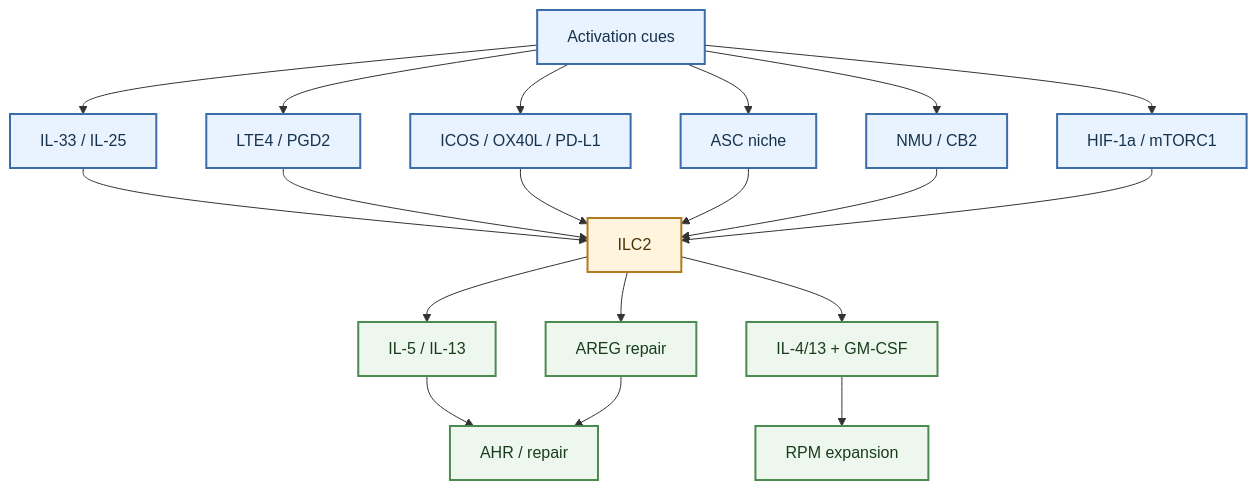
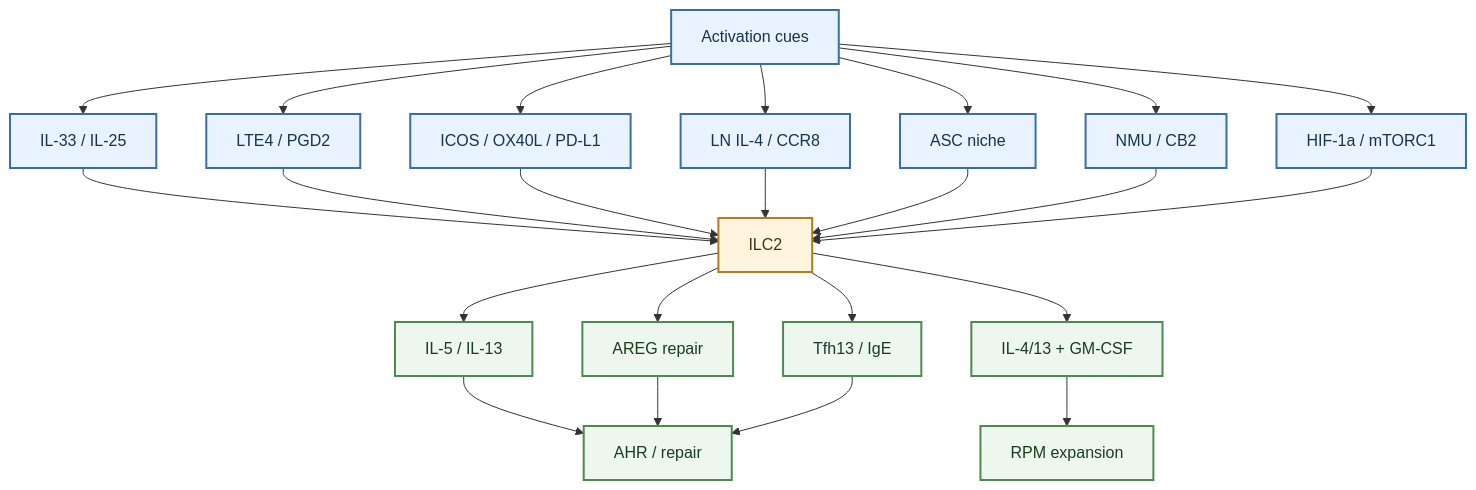
Before and after one commit to shao1116/ILC-Wiki: the first of 4 diagrams in wiki/topics/ILC2_functional_regulation_mechanisms.md, drawn with Mermaid. The commit also changed other lines of this file and 11 other files, not shown here.

````diff
--- a/wiki/topics/ILC2_functional_regulation_mechanisms.md
+++ b/wiki/topics/ILC2_functional_regulation_mechanisms.md
@@ -172,45 +176,51 @@
 ```mermaid
 flowchart TB
     accTitle: ILC2 Activation And Effector Support
     accDescr: Compact vertical map of positive ILC2 regulatory inputs and output states.
 
     cue["Activation cues"]
     alarmin["IL-33 / IL-25"]
     lipid["LTE4 / PGD2"]
     costim["ICOS / OX40L / PD-L1"]
+    tfh13cue["LN IL-4 / CCR8"]
     niche["ASC niche"]
     neuro["NMU / CB2"]
     metabolism["HIF-1a / mTORC1"]
     ilc2["ILC2"]
     type2["IL-5 / IL-13"]
     repair["AREG repair"]
+    tfh13["Tfh13 / IgE"]
     macrophage["IL-4/13 + GM-CSF"]
     rpm["RPM expansion"]
     disease["AHR / repair"]
 
     cue --> alarmin
     cue --> lipid
     cue --> costim
+    cue --> tfh13cue
     cue --> niche
     cue --> neuro
     cue --> metabolism
     alarmin --> ilc2
     lipid --> ilc2
     costim --> ilc2
+    tfh13cue --> ilc2
     niche --> ilc2
     neuro --> ilc2
     metabolism --> ilc2
     ilc2 --> type2
     ilc2 --> repair
+    ilc2 --> tfh13
     ilc2 --> macrophage
     macrophage --> rpm
     type2 --> disease
     repair --> disease
+    tfh13 --> disease
 
     classDef cue_class fill:#e8f3ff,stroke:#3b6ea8,stroke-width:2px,color:#17324d
     classDef cell_class fill:#fff4de,stroke:#b47a1f,stroke-width:2px,color:#4a3108
     classDef out_class fill:#eef7ed,stroke:#4d8a50,stroke-width:2px,color:#173d1d
-    class cue,alarmin,lipid,costim,niche,neuro,metabolism cue_class
+    class cue,alarmin,lipid,costim,tfh13cue,niche,neuro,metabolism cue_class
     class ilc2 cell_class
-    class type2,repair,macrophage,rpm,disease out_class
+    class type2,repair,tfh13,macrophage,rpm,disease out_class
 ```
````
